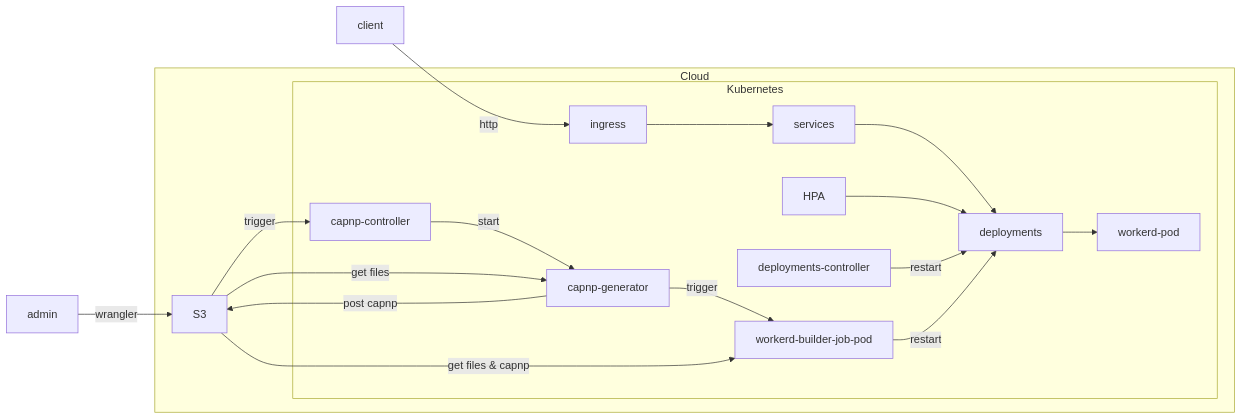
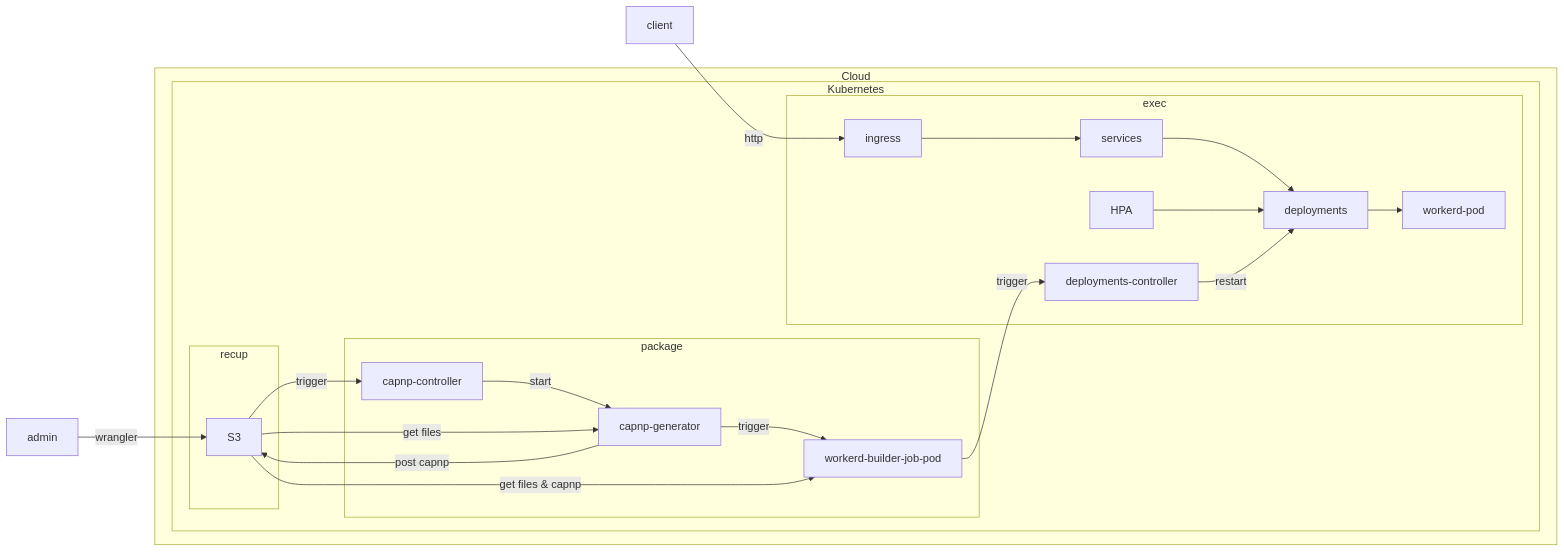
One commit to clementreiffers/worker-api changed the sixth of 7 diagrams in README.md. Above: the diagram before and after it, drawn with Mermaid. The commit also changed other lines of this file, not shown here.

````diff
--- a/README.md
+++ b/README.md
@@ -294,23 +294,37 @@
 ```mermaid
 flowchart LR
     admin --> |wrangler| S3
     client --> |http| ingress
     subgraph Cloud
        subgraph Kubernetes
+           subgraph recup
+               S3
+            end
+            subgraph package 
+                capnp-generator 
+                capnp-controller
+                workerd-builder-job-pod
+            end
+            subgraph exec 
+                ingress
+                services
+                deployments
+                workerd-pod
+                HPA
+                deployments-controller
+            end
            ingress --> services 
            services --> deployments
            deployments --> workerd-pod
            HPA --> deployments
            deployments-controller --> |restart| deployments
            capnp-generator --> |trigger| workerd-builder-job-pod
-           workerd-builder-job-pod --> |restart| deployments
+           workerd-builder-job-pod --> |trigger| deployments-controller
             capnp-controller --> |start| capnp-generator
        end
        S3 --> |get files| capnp-generator
        capnp-generator --> |post capnp| S3 
        S3 --> |trigger| capnp-controller
        S3 --> |get files & capnp| workerd-builder-job-pod
     end
-    
-
 ```
````
